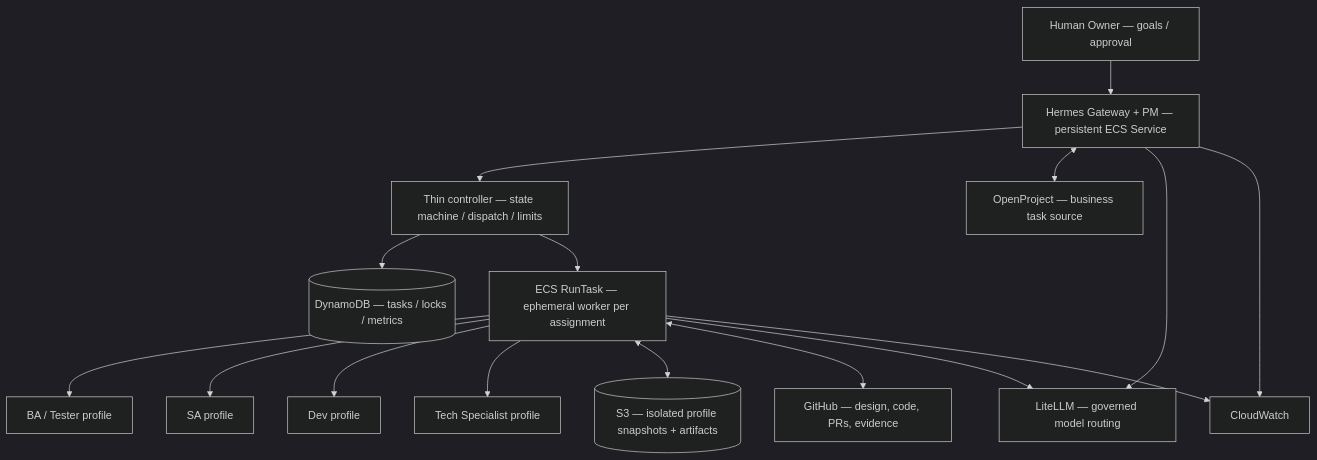
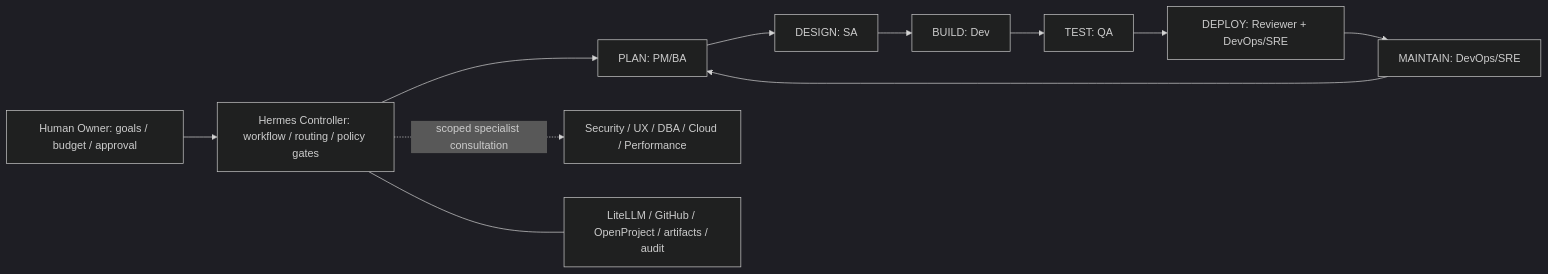
One commit to adisornsir/coe-eap-hermes-orchestration changed the diagram in README.md. Above: the diagram before and after it, drawn with Mermaid (dark theme). The commit also changed other lines of this file and 10 other files, not shown here.

First line of the commit message:
docs: Hermes six-role SDLC and phased MVP/Full design

````diff
--- a/README.md
+++ b/README.md
@@ -13,18 +14,13 @@
 ```mermaid
-flowchart TB
-    O["Human Owner — goals / approval"] --> G["Hermes Gateway + PM — persistent ECS Service"]
-    G --> C["Thin controller — state machine / dispatch / limits"]
-    C --> DB[("DynamoDB — tasks / locks / metrics")]
-    C --> ECS["ECS RunTask — ephemeral worker per assignment"]
-    ECS --> BA["BA / Tester profile"]
-    ECS --> SA["SA profile"]
-    ECS --> DEV["Dev profile"]
-    ECS --> TS["Tech Specialist profile"]
-    ECS <--> S3[("S3 — isolated profile snapshots + artifacts")]
-    G <--> OP["OpenProject — business task source"]
-    ECS <--> GH["GitHub — design, code, PRs, evidence"]
-    G --> L["LiteLLM — governed model routing"]
-    ECS --> L
-    G --> CW["CloudWatch"]
-    ECS --> CW
+flowchart LR
+ H["Human Owner: goals / budget / approval"] --> O["Hermes Controller: workflow / routing / policy gates"]
+ O --> P["PLAN: PM/BA"]
+ P --> D["DESIGN: SA"]
+ D --> B["BUILD: Dev"]
+ B --> T["TEST: QA"]
+ T --> X["DEPLOY: Reviewer + DevOps/SRE"]
+ X --> M["MAINTAIN: DevOps/SRE"]
+ M --> P
+ O -. scoped specialist consultation .-> SP["Security / UX / DBA / Cloud / Performance"]
+ O --- SH["LiteLLM / GitHub / OpenProject / artifacts / audit"]
 ```
````
